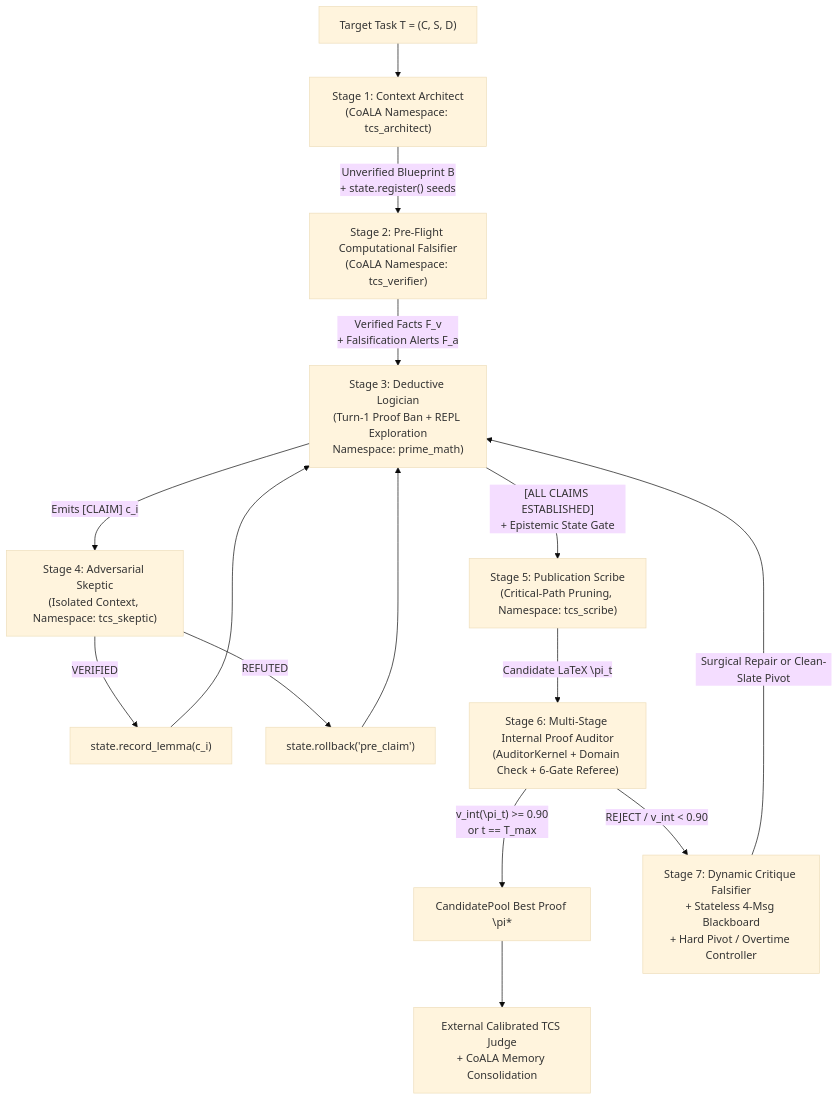
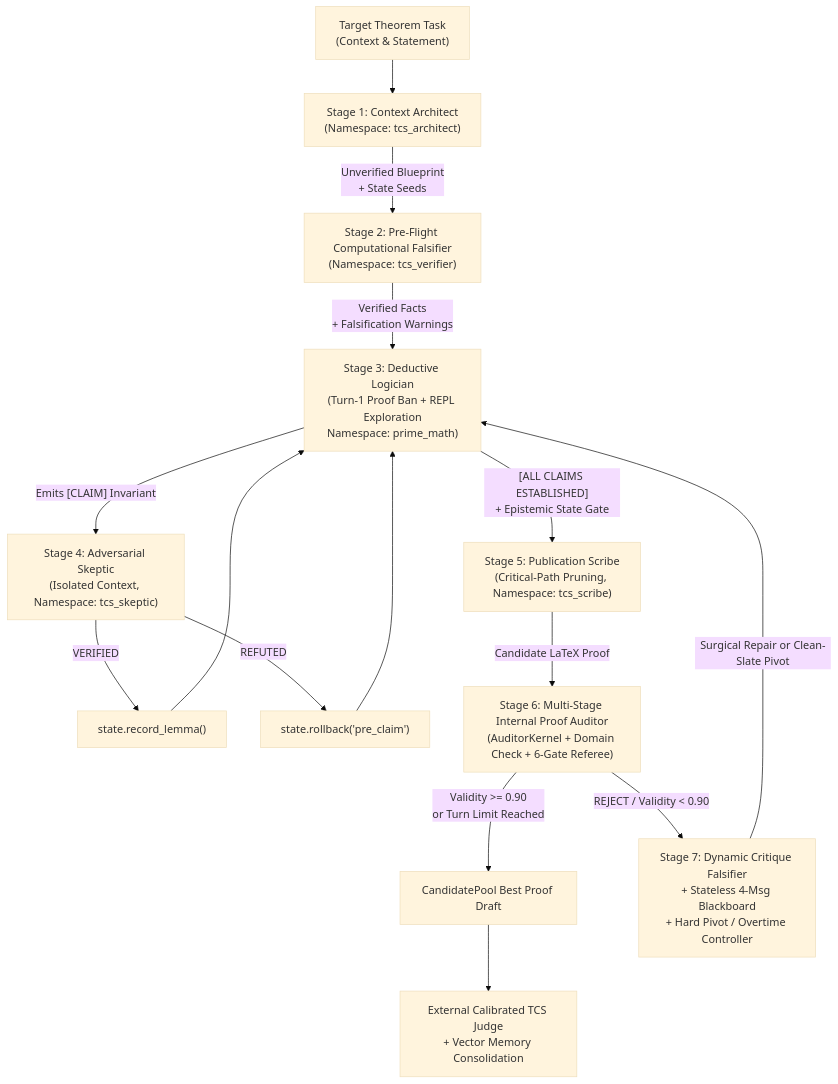
One commit to dionyziuz/proof_harness changed the second of 2 diagrams in docs/articles/arxiv-prime-math-neuro-symbolic-prover-harness.md. Above: the diagram before and after it, drawn with Mermaid (base theme). The commit also changed other lines of this file, not shown here.

````diff
--- a/docs/articles/arxiv-prime-math-neuro-symbolic-prover-harness.md
+++ b/docs/articles/arxiv-prime-math-neuro-symbolic-prover-harness.md
@@ -271,20 +267,20 @@
 ```mermaid
 flowchart TD
-    Task["Target Task T = (C, S, D)"] --> S1["Stage 1: Context Architect\n(CoALA Namespace: tcs_architect)"]
-    S1 -->|"Unverified Blueprint B\n+ state.register() seeds"| S2["Stage 2: Pre-Flight Computational Falsifier\n(CoALA Namespace: tcs_verifier)"]
-    S2 -->|"Verified Facts F_v\n+ Falsification Alerts F_a"| S3["Stage 3: Deductive Logician\n(Turn-1 Proof Ban + REPL Exploration\nNamespace: prime_math)"]
+    Task["Target Theorem Task\n(Context & Statement)"] --> S1["Stage 1: Context Architect\n(Namespace: tcs_architect)"]
+    S1 -->|"Unverified Blueprint\n+ State Seeds"| S2["Stage 2: Pre-Flight Computational Falsifier\n(Namespace: tcs_verifier)"]
+    S2 -->|"Verified Facts\n+ Falsification Warnings"| S3["Stage 3: Deductive Logician\n(Turn-1 Proof Ban + REPL Exploration\nNamespace: prime_math)"]
     
-    S3 -->|"Emits [CLAIM] c_i"| S4["Stage 4: Adversarial Skeptic\n(Isolated Context, Namespace: tcs_skeptic)"]
-    S4 -->|"VERIFIED"| Rec["state.record_lemma(c_i)"]
+    S3 -->|"Emits [CLAIM] Invariant"| S4["Stage 4: Adversarial Skeptic\n(Isolated Context, Namespace: tcs_skeptic)"]
+    S4 -->|"VERIFIED"| Rec["state.record_lemma()"]
     S4 -->|"REFUTED"| Roll["state.rollback('pre_claim')"]
     Rec --> S3
     Roll --> S3
 
     S3 -->|"[ALL CLAIMS ESTABLISHED]\n+ Epistemic State Gate"| S5["Stage 5: Publication Scribe\n(Critical-Path Pruning, Namespace: tcs_scribe)"]
-    S5 -->|"Candidate LaTeX \pi_t"| S6["Stage 6: Multi-Stage Internal Proof Auditor\n(AuditorKernel + Domain Check + 6-Gate Referee)"]
+    S5 -->|"Candidate LaTeX Proof"| S6["Stage 6: Multi-Stage Internal Proof Auditor\n(AuditorKernel + Domain Check + 6-Gate Referee)"]
     
-    S6 -->|"v_int(\pi_t) >= 0.90\nor t == T_max"| PoolOut["CandidatePool Best Proof \pi*"]
-    S6 -->|"REJECT / v_int < 0.90"| S7["Stage 7: Dynamic Critique Falsifier\n+ Stateless 4-Msg Blackboard\n+ Hard Pivot / Overtime Controller"]
+    S6 -->|"Validity >= 0.90\nor Turn Limit Reached"| PoolOut["CandidatePool Best Proof Draft"]
+    S6 -->|"REJECT / Validity < 0.90"| S7["Stage 7: Dynamic Critique Falsifier\n+ Stateless 4-Msg Blackboard\n+ Hard Pivot / Overtime Controller"]
     S7 -->|"Surgical Repair or Clean-Slate Pivot"| S3
-    PoolOut --> ExtJudge["External Calibrated TCS Judge\n+ CoALA Memory Consolidation"]
+    PoolOut --> ExtJudge["External Calibrated TCS Judge\n+ Vector Memory Consolidation"]
 ```
````
